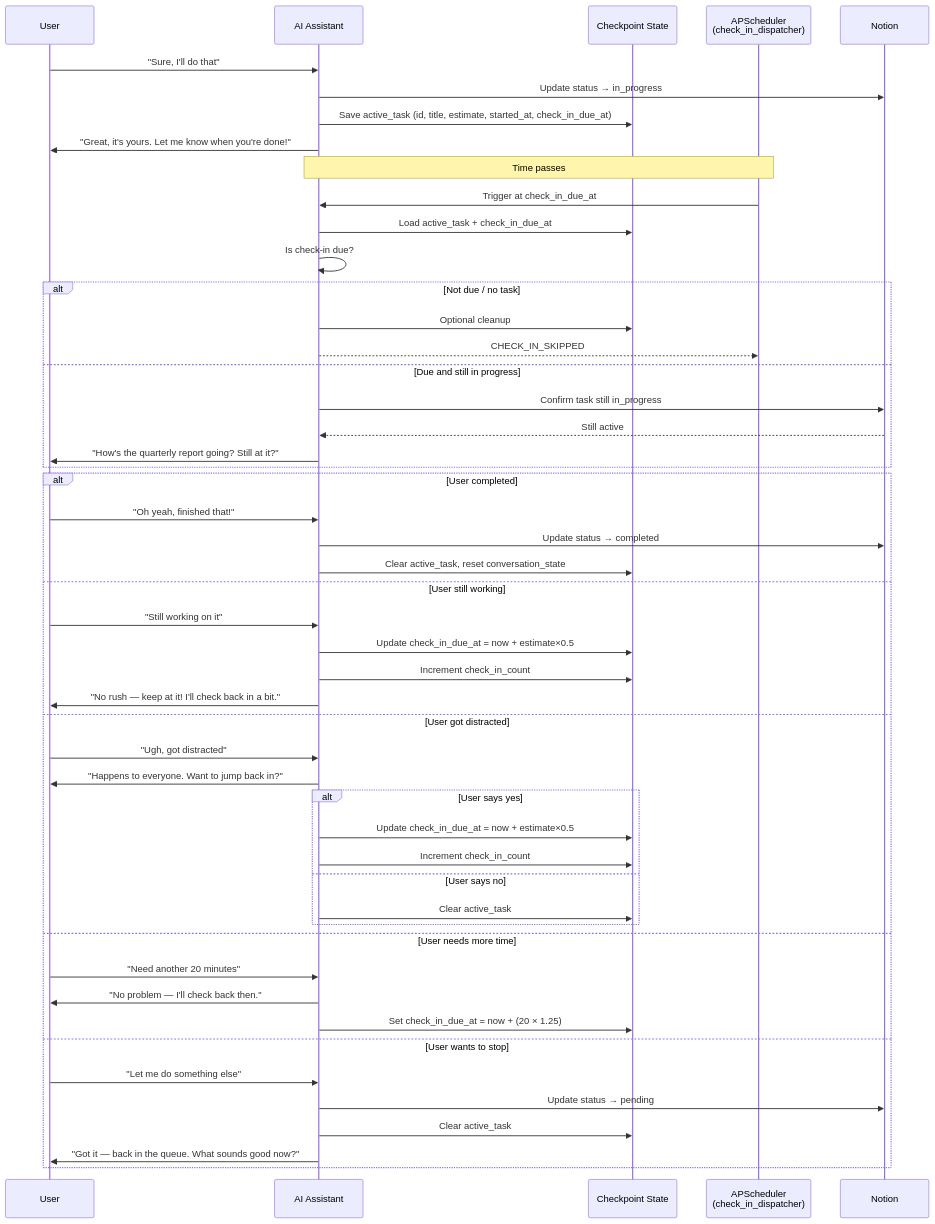
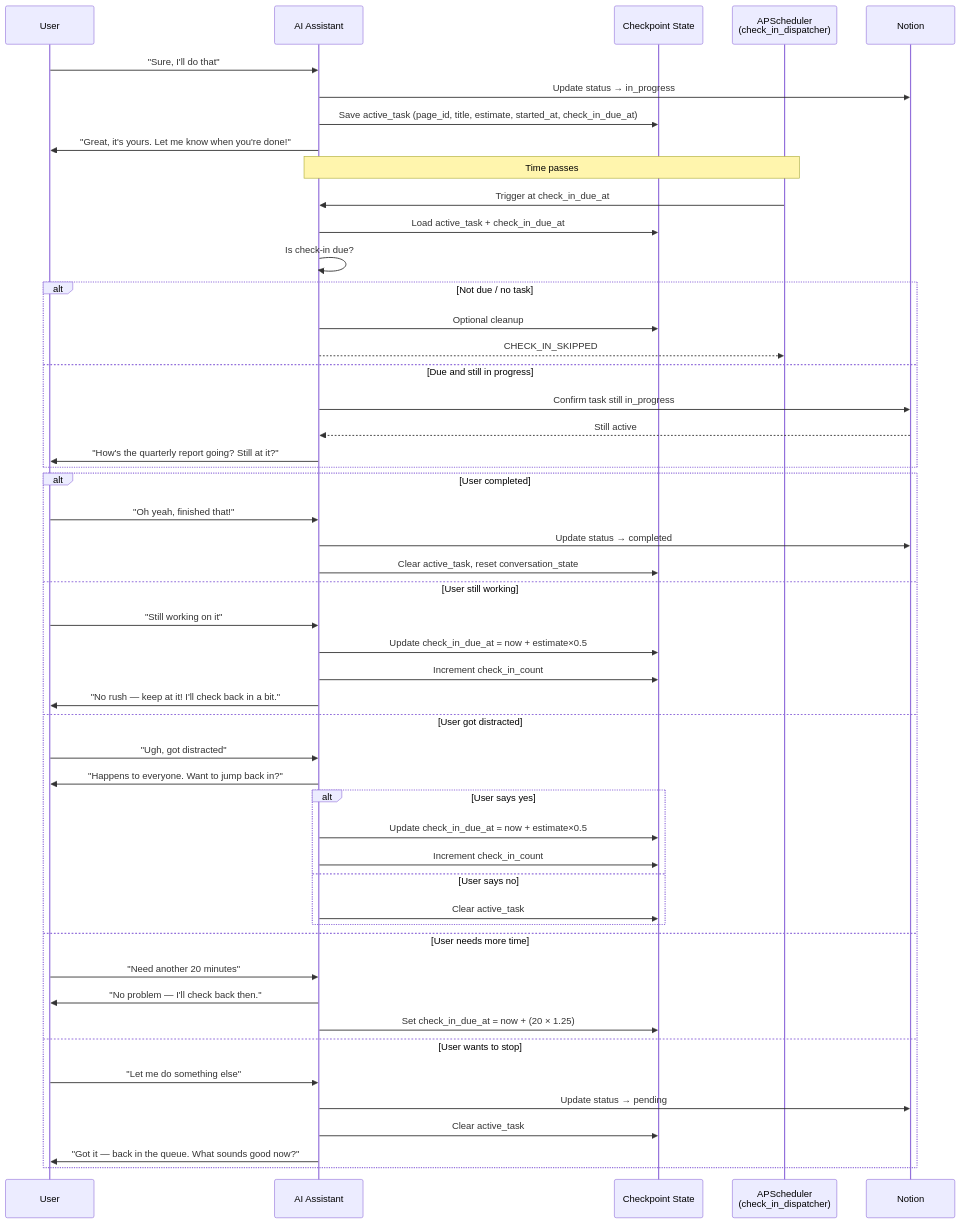
Before and after one commit to NickBorgers/hide-my-list: diagram 20 of 28 in docs/user-interactions.md, drawn with Mermaid. The commit also changed other lines of this file and 4 other files, not shown here.

````diff
--- a/docs/user-interactions.md
+++ b/docs/user-interactions.md
@@ -618,56 +618,56 @@
 ```mermaid
 sequenceDiagram
     participant U as User
     participant AI as AI Assistant
     participant State as Checkpoint State
     participant Sched as APScheduler<br/>(check_in_dispatcher)
     participant N as Notion
 
     U->>AI: "Sure, I'll do that"
     AI->>N: Update status → in_progress
-    AI->>State: Save active_task (id, title, estimate, started_at, check_in_due_at)
+    AI->>State: Save active_task (page_id, title, estimate, started_at, check_in_due_at)
     AI->>U: "Great, it's yours. Let me know when you're done!"
 
     Note over AI,Sched: Time passes
 
     Sched->>AI: Trigger at check_in_due_at
     AI->>State: Load active_task + check_in_due_at
     AI->>AI: Is check-in due?
     alt Not due / no task
         AI->>State: Optional cleanup
         AI-->>Sched: CHECK_IN_SKIPPED
     else Due and still in progress
         AI->>N: Confirm task still in_progress
         N-->>AI: Still active
         AI->>U: "How's the quarterly report going? Still at it?"
     end
 
     alt User completed
         U->>AI: "Oh yeah, finished that!"
         AI->>N: Update status → completed
         AI->>State: Clear active_task, reset conversation_state
     else User still working
         U->>AI: "Still working on it"
         AI->>State: Update check_in_due_at = now + estimate×0.5
         AI->>State: Increment check_in_count
         AI->>U: "No rush — keep at it! I'll check back in a bit."
     else User got distracted
         U->>AI: "Ugh, got distracted"
         AI->>U: "Happens to everyone. Want to jump back in?"
         alt User says yes
             AI->>State: Update check_in_due_at = now + estimate×0.5
             AI->>State: Increment check_in_count
         else User says no
             AI->>State: Clear active_task
         end
     else User needs more time
         U->>AI: "Need another 20 minutes"
         AI->>U: "No problem — I'll check back then."
         AI->>State: Set check_in_due_at = now + (20 × 1.25)
     else User wants to stop
         U->>AI: "Let me do something else"
         AI->>N: Update status → pending
         AI->>State: Clear active_task
         AI->>U: "Got it — back in the queue. What sounds good now?"
     end
 ```
````
